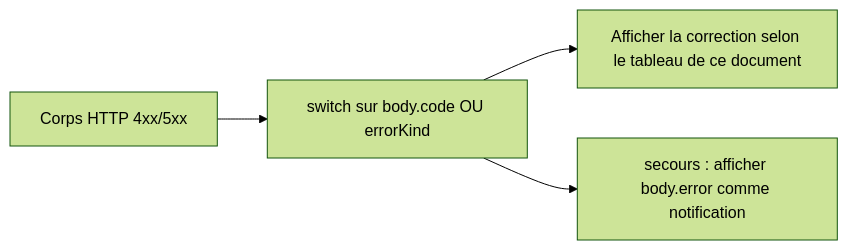
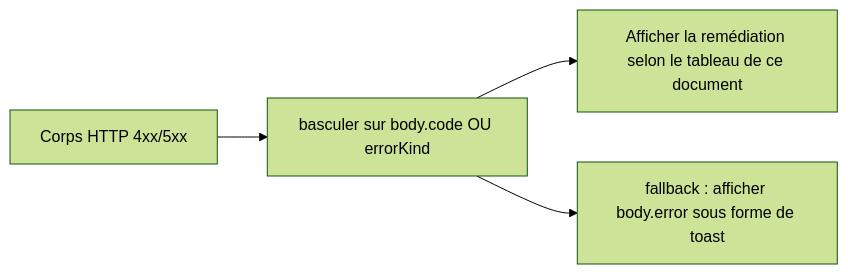
One commit to QwenLM/qwen-code-docs changed the first of 2 diagrams in website/content/fr/developers/daemon/18-error-taxonomy.md. Above: the diagram before and after it, drawn with Mermaid (forest theme). The commit also changed other lines of this file and 1077 other files, not shown here.

````diff
--- a/website/content/fr/developers/daemon/18-error-taxonomy.md
+++ b/website/content/fr/developers/daemon/18-error-taxonomy.md
@@ -124,6 +126,6 @@
 ```mermaid
 flowchart LR
-    A[Corps HTTP 4xx/5xx] --> B["switch sur body.code OU errorKind"]
-    B --> C["Afficher la correction selon le tableau de ce document"]
-    B --> D["secours : afficher body.error comme notification"]
+    A[Corps HTTP 4xx/5xx] --> B["basculer sur body.code OU errorKind"]
+    B --> C["Afficher la remédiation selon le tableau de ce document"]
+    B --> D["fallback : afficher body.error sous forme de toast"]
 ```
````
